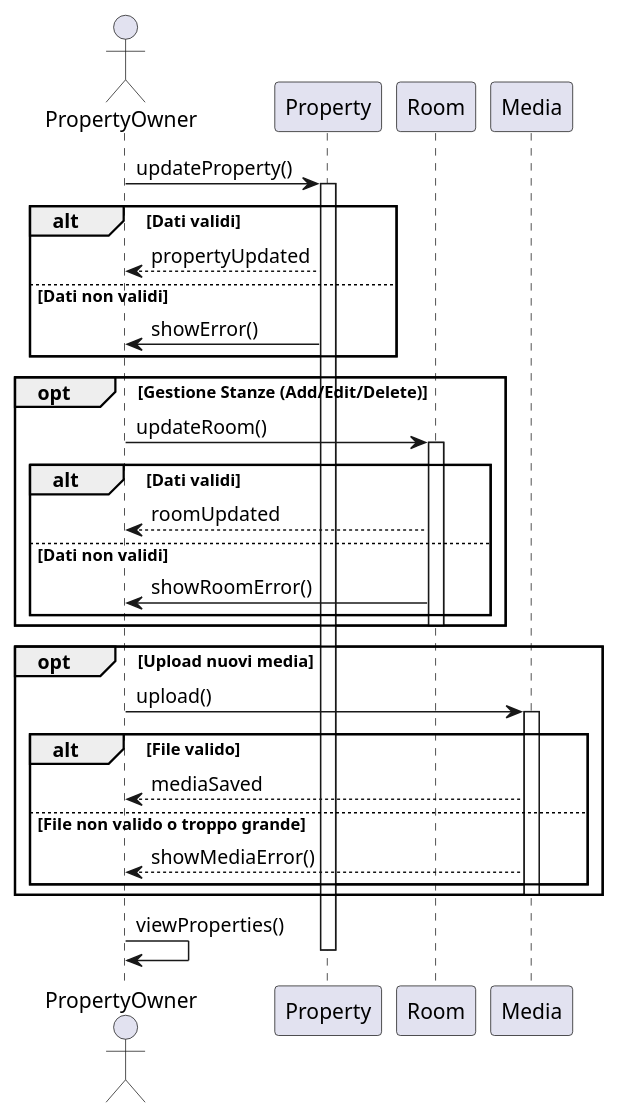
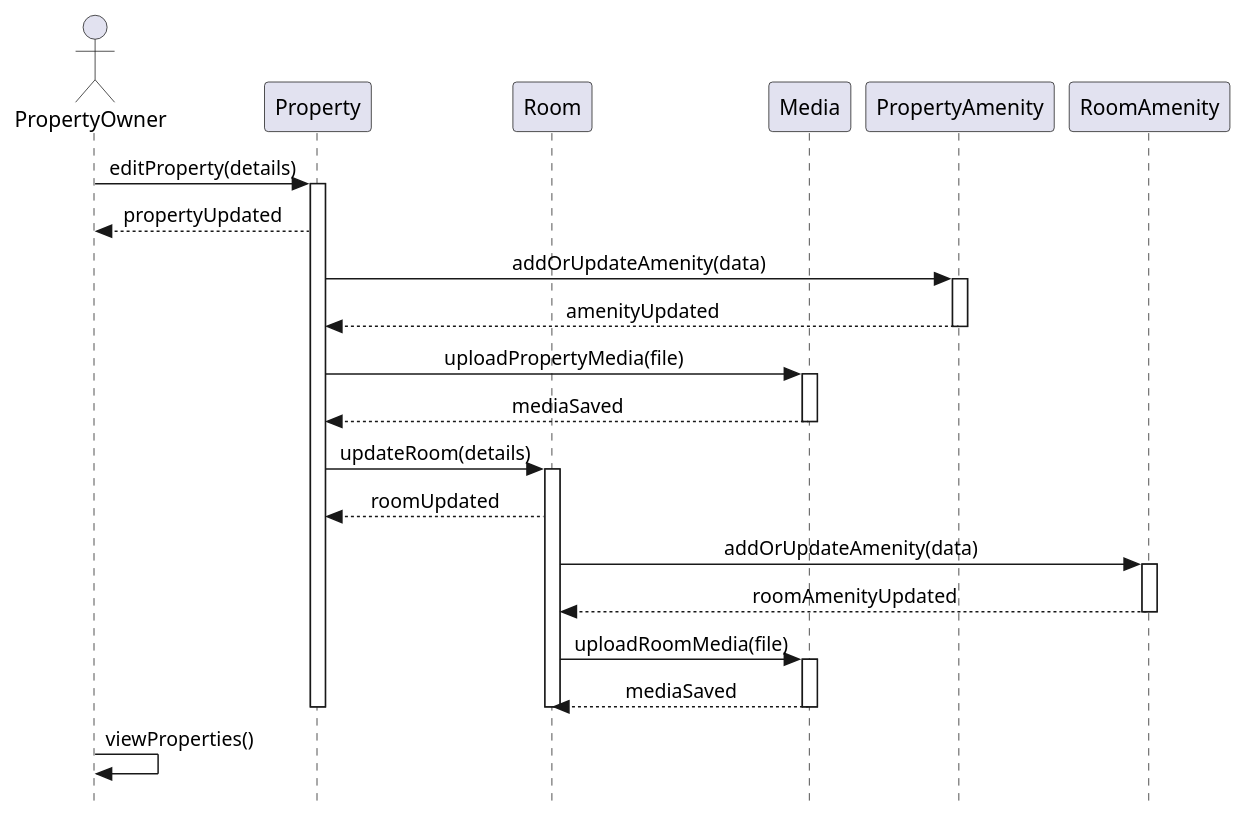
One commit to Formola/progettazione-hotel changed the diagram in docs/plantuml/analisi/sequence_update_property.puml. Above: the diagram before and after it, drawn with PlantUML. The commit also changed 12 other files, not shown here.

Commit message:
Aggiorna diagrammi e file generati analisi

```diff
--- a/docs/plantuml/analisi/sequence_update_property.puml
+++ b/docs/plantuml/analisi/sequence_update_property.puml
@@ -1,43 +1,50 @@
-@startuml   sequence_update_property
-actor PropertyOwner
+@startuml sequence_update_property_final
+skinparam style strictuml
+skinparam sequenceMessageAlign center
 
-participant PropertyOwner
-participant Property
-participant Room
-participant Media
+actor PropertyOwner as Owner
+participant Property as Prop
+participant Room as R
+participant Media as M
+participant PropertyAmenity as PA
+participant RoomAmenity as RA
 
-' Modifica proprietà esistente
-PropertyOwner -> Property: updateProperty()
-activate Property
+' --- Edit Property triggered by Owner ---
+Owner -> Prop: editProperty(details)
+activate Prop
+Prop --> Owner: propertyUpdated
 
-alt Dati validi
-    Property --> PropertyOwner: propertyUpdated
-else Dati non validi
-    Property -> PropertyOwner: showError()
-end
+' --- Manage Property Amenities ---
+Prop -> PA: addOrUpdateAmenity(data)
+activate PA
+PA --> Prop: amenityUpdated
+deactivate PA
 
-opt Gestione Stanze (Add/Edit/Delete)
-    PropertyOwner -> Room: updateRoom()
-    activate Room
-    alt Dati validi
-        Room --> PropertyOwner: roomUpdated
-    else Dati non validi
-        Room -> PropertyOwner: showRoomError()
-    end
-    deactivate Room
-end
+' --- Upload Property Media ---
+Prop -> M: uploadPropertyMedia(file)
+activate M
+M --> Prop: mediaSaved
+deactivate M
 
-opt Upload nuovi media
-    PropertyOwner -> Media: upload()
-    activate Media
-    alt File valido
-        Media --> PropertyOwner: mediaSaved
-    else File non valido o troppo grande
-        Media --> PropertyOwner: showMediaError()
-    end
-    deactivate Media
-end
+' --- Manage Rooms ---
+Prop -> R: updateRoom(details)
+activate R
+R --> Prop: roomUpdated
 
-PropertyOwner -> PropertyOwner: viewProperties()
-deactivate Property
+' --- Manage Room Amenities ---
+R -> RA: addOrUpdateAmenity(data)
+activate RA
+RA --> R: roomAmenityUpdated
+deactivate RA
+
+' --- Upload Room Media ---
+R -> M: uploadRoomMedia(file)
+activate M
+M --> R: mediaSaved
+deactivate M
+
+deactivate R
+deactivate Prop
+
+Owner -> Owner: viewProperties()
 @enduml
```
